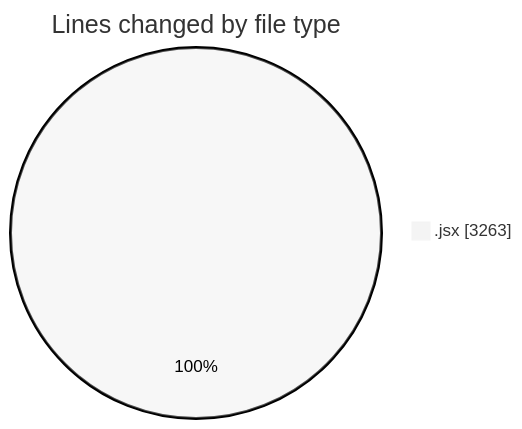
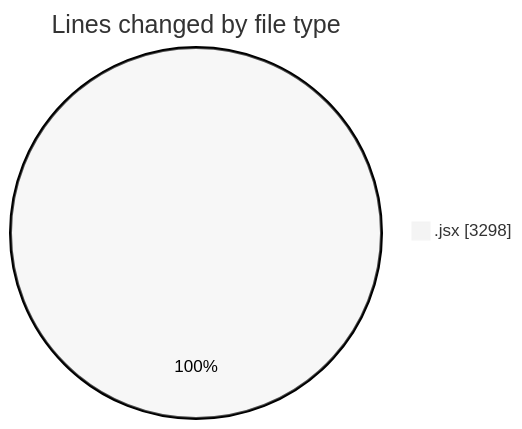
One commit to nxtqubesakshisongat/code-tracking changed the first of 2 diagrams in 2025-07-15/argos/README.md. Above: the diagram before and after it, drawn with Mermaid (neutral theme). The commit also changed other lines of this file and 1 other file, not shown here.

````diff
--- a/2025-07-15/argos/README.md
+++ b/2025-07-15/argos/README.md
@@ -25,5 +25,5 @@
 ```mermaid
 pie showData
 title Lines changed by file type
-".jsx" : 3263
+".jsx" : 3298
 ```
````
